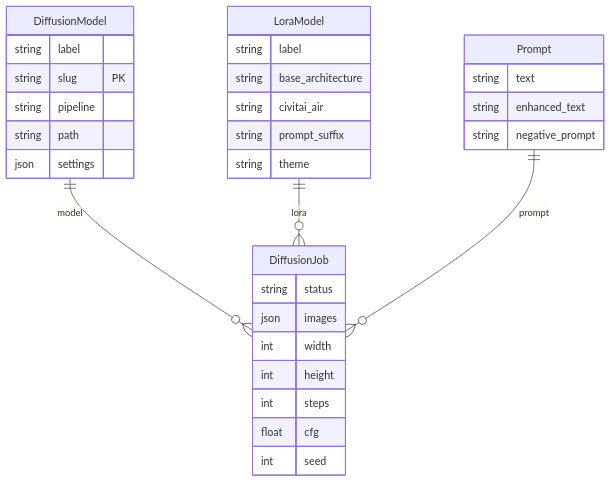
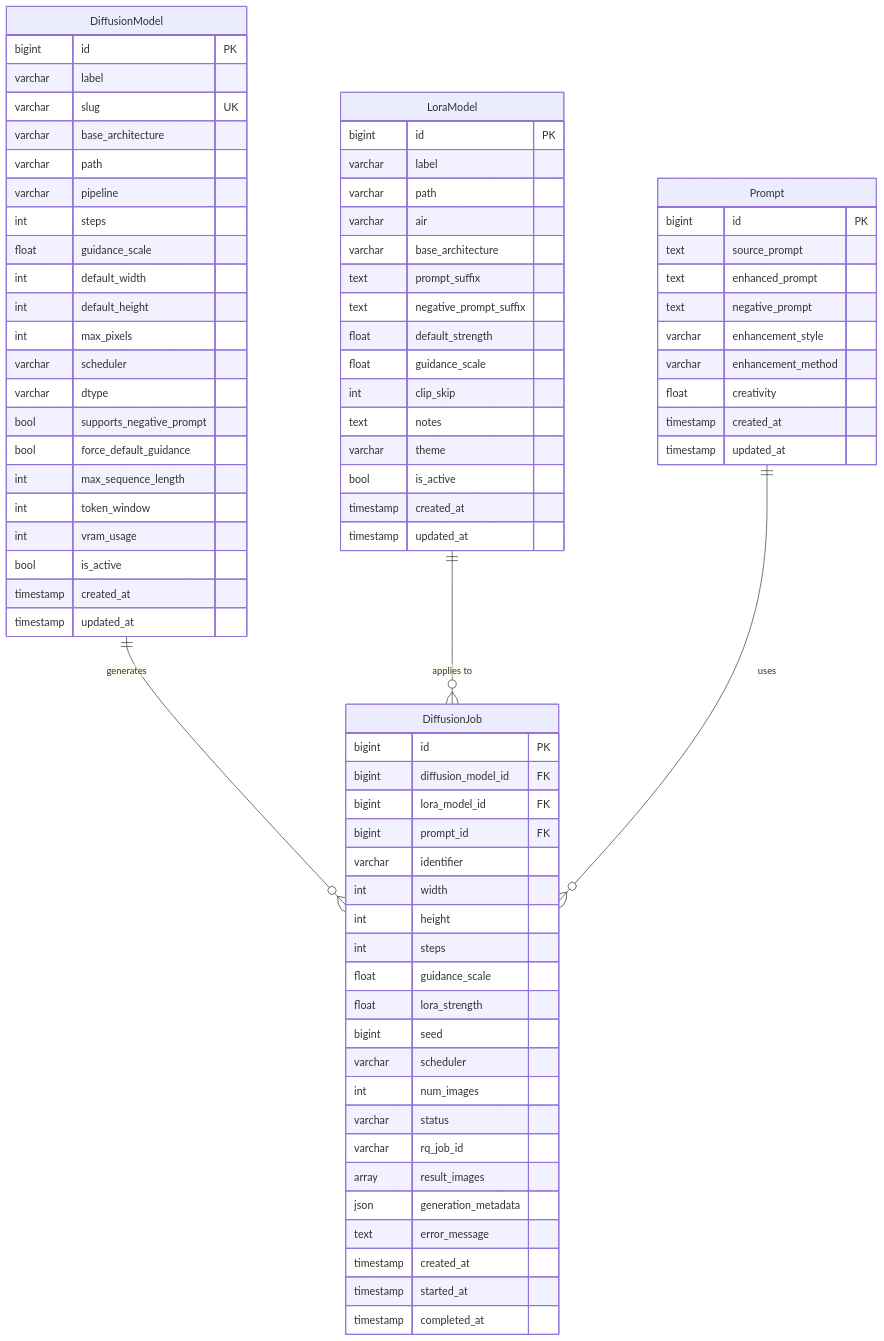
Before and after one commit to andrewmarconi/creative-workflow: the sixth of 7 diagrams in docs/reference/architecture.rst, drawn with Mermaid. The commit also changed other lines of this file and 2 other files, not shown here.

First line of the commit message:
Docs: Expand database schema with detailed field documentation

```diff
--- a/docs/reference/architecture.rst
+++ b/docs/reference/architecture.rst
@@ -324,37 +329,83 @@
 
    erDiagram
        DiffusionModel {
-           string label
-           string slug PK
-           string pipeline
-           string path
-           json settings
+           bigint id PK
+           varchar label
+           varchar slug UK
+           varchar base_architecture
+           varchar path
+           varchar pipeline
+           int steps
+           float guidance_scale
+           int default_width
+           int default_height
+           int max_pixels
+           varchar scheduler
+           varchar dtype
+           bool supports_negative_prompt
+           bool force_default_guidance
+           int max_sequence_length
+           int token_window
+           int vram_usage
+           bool is_active
+           timestamp created_at
+           timestamp updated_at
        }
 
        LoraModel {
-           string label
-           string base_architecture
-           string civitai_air
-           string prompt_suffix
-           string theme
+           bigint id PK
+           varchar label
+           varchar path
+           varchar air
+           varchar base_architecture
+           text prompt_suffix
+           text negative_prompt_suffix
+           float default_strength
+           float guidance_scale
+           int clip_skip
+           text notes
+           varchar theme
+           bool is_active
+           timestamp created_at
+           timestamp updated_at
        }
 
        Prompt {
-           string text
-           string enhanced_text
-           string negative_prompt
+           bigint id PK
+           text source_prompt
+           text enhanced_prompt
+           text negative_prompt
+           varchar enhancement_style
+           varchar enhancement_method
+           float creativity
+           timestamp created_at
+           timestamp updated_at
        }
 
        DiffusionJob {
-           string status
-           json images
+           bigint id PK
+           bigint diffusion_model_id FK
+           bigint lora_model_id FK
+           bigint prompt_id FK
+           varchar identifier
            int width
            int height
            int steps
-           float cfg
-           int seed
+           float guidance_scale
+           float lora_strength
+           bigint seed
+           varchar scheduler
+           int num_images
+           varchar status
+           varchar rq_job_id
+           array result_images
+           json generation_metadata
+           text error_message
+           timestamp created_at
+           timestamp started_at
+           timestamp completed_at
        }
 
-       DiffusionModel ||--o{ DiffusionJob : "model"
-       LoraModel ||--o{ DiffusionJob : "lora"
-       Prompt ||--o{ DiffusionJob : "prompt"
+       DiffusionModel ||--o{ DiffusionJob : "generates"
+       LoraModel ||--o{ DiffusionJob : "applies to"
+       Prompt ||--o{ DiffusionJob : "uses"
```
